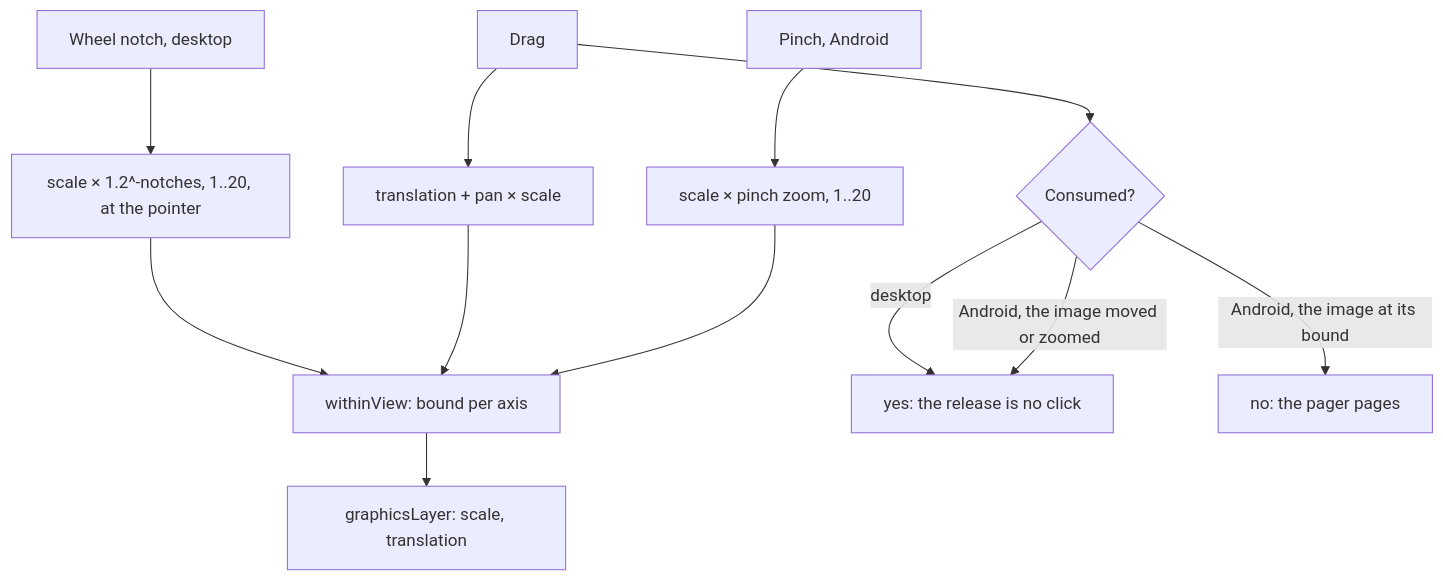
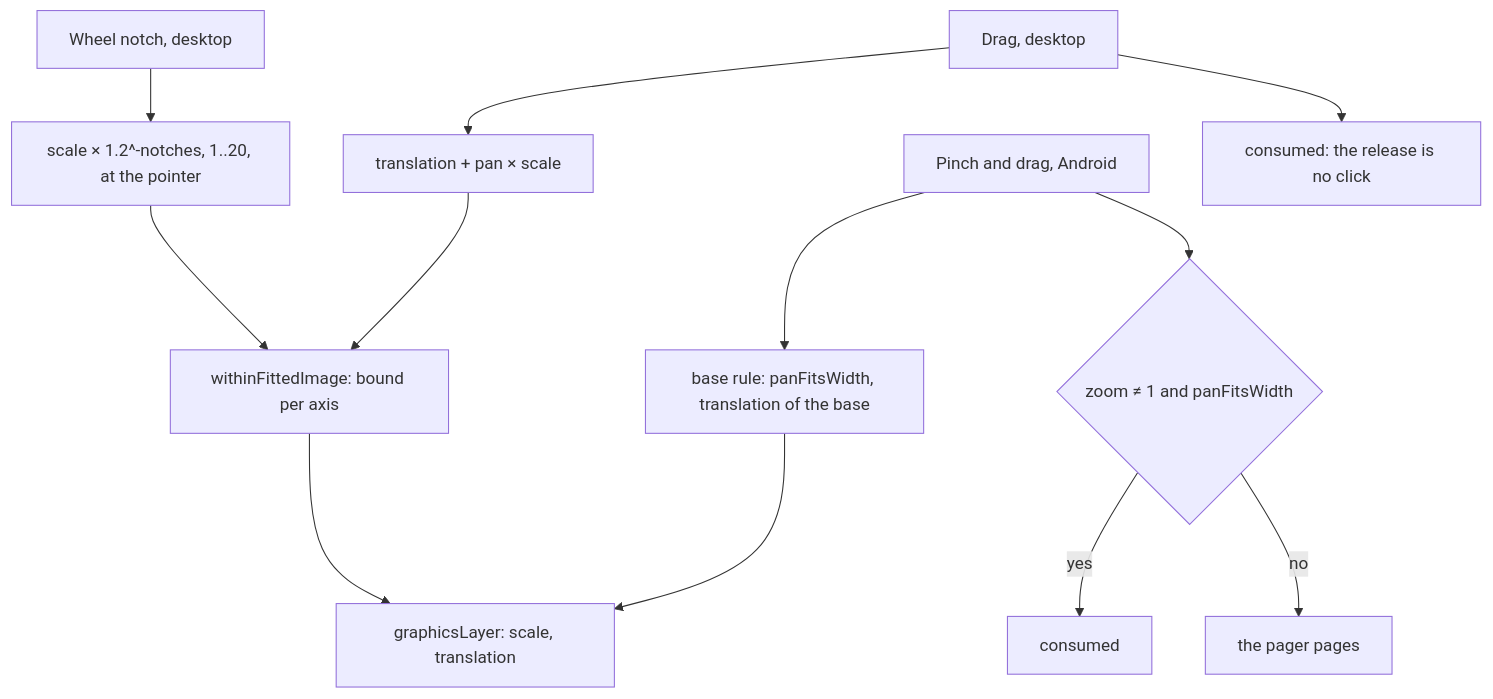
The diagram in plans/2026-11-15-desktop-image-zoom.md (simplex-chat/simplex-chat), drawn with Mermaid before and after one commit. The commit also changed other lines of this file, not shown here.

Commit message:
plans: desktop image zoom keeps Android gestures as on stable

````diff
--- a/plans/2026-11-15-desktop-image-zoom.md
+++ b/plans/2026-11-15-desktop-image-zoom.md
@@ -18,14 +19,14 @@
 ```mermaid
 flowchart TD
   W[Wheel notch, desktop] --> Z["scale × 1.2^-notches, 1..20, at the pointer"]
-  D[Drag] --> P["translation + pan × scale"]
-  I[Pinch, Android] --> S[scale × pinch zoom, 1..20]
-  Z --> B[withinView: bound per axis]
+  D[Drag, desktop] --> P["translation + pan × scale"]
+  Z --> B[withinFittedImage: bound per axis]
   P --> B
-  S --> B
   B --> G[graphicsLayer: scale, translation]
-  D --> C{Consumed?}
-  C -->|desktop| Y[yes: the release is no click]
-  C -->|Android, the image moved or zoomed| Y
-  C -->|Android, the image at its bound| N[no: the pager pages]
+  A[Pinch and drag, Android] --> R["base rule: panFitsWidth, translation of the base"]
+  R --> G
+  D --> C[consumed: the release is no click]
+  A --> Q{"zoom ≠ 1 and panFitsWidth"}
+  Q -->|yes| QC[consumed]
+  Q -->|no| QP[the pager pages]
 ```
````
